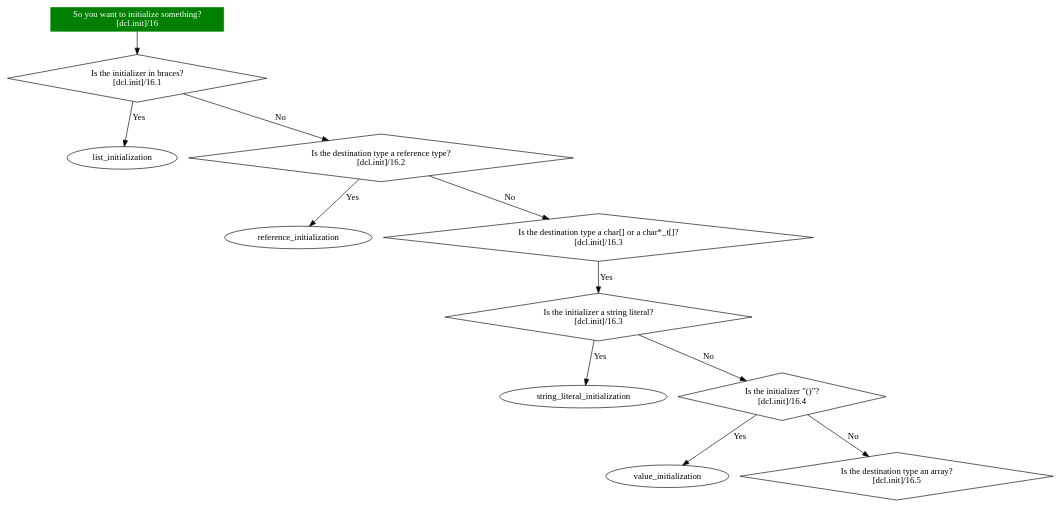
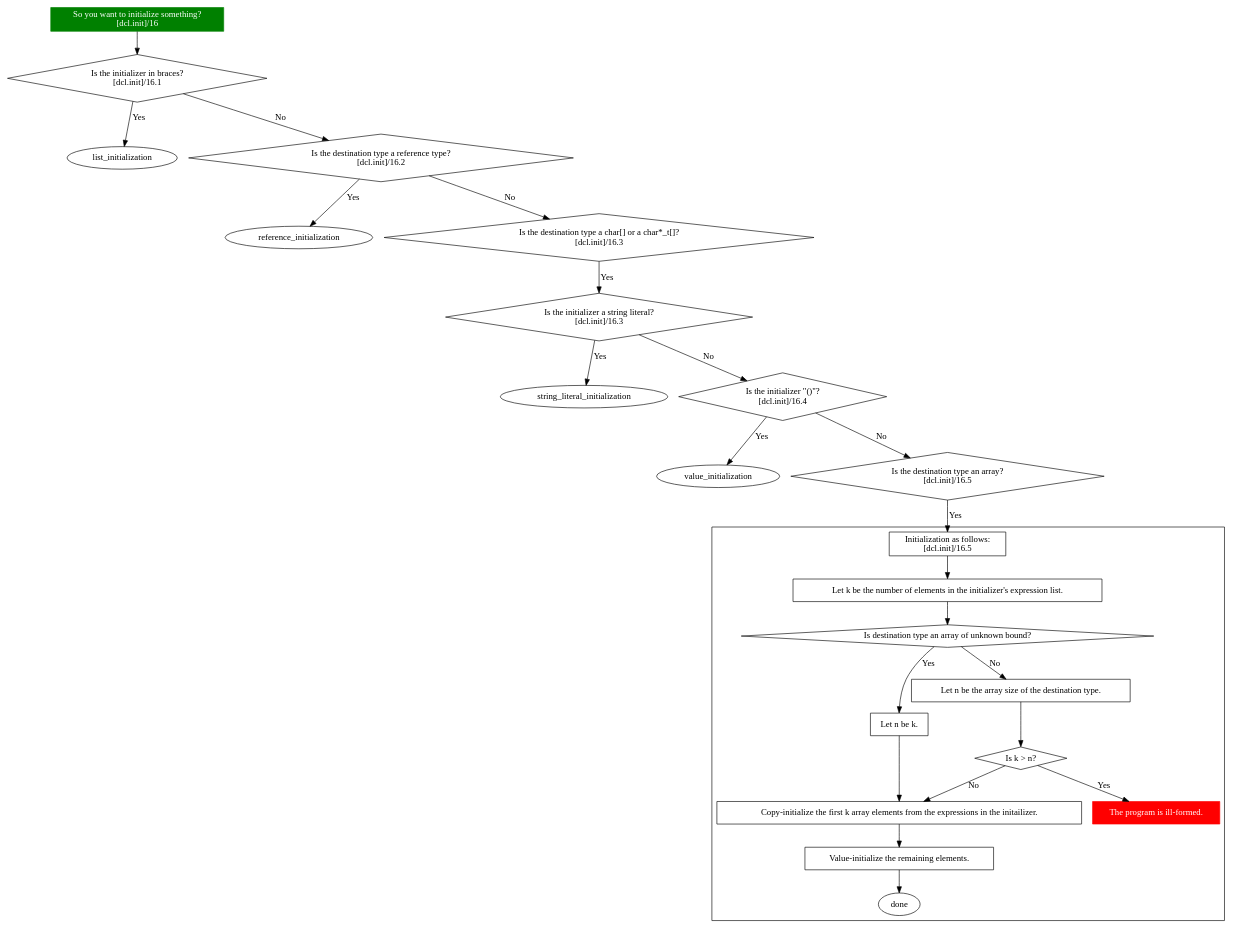
Before and after one commit to randomnetcat/cpp_initialization: the diagram in flowchart.dot, drawn with Graphviz.

Commit message:
Add array initialization

```diff
--- a/flowchart.dot
+++ b/flowchart.dot
@@ -1,25 +1,56 @@
 digraph initialization {
     start [label="So you want to initialize something?\n[dcl.init]/16", style=filled, fillcolor=green, shape=box, color=green, fontcolor=white]
         start -> is_braced
 
     is_braced [label="Is the initializer in braces?\n[dcl.init]/16.1", shape=diamond]
         is_braced -> list_initialization [label="Yes"]
         is_braced -> is_dest_reference [label="No"]
     
     is_dest_reference [label="Is the destination type a reference type?\n[dcl.init]/16.2", shape=diamond]
         is_dest_reference -> reference_initialization [label="Yes"]
         is_dest_reference -> is_char_arr_init [label="No"]
     
     is_char_arr_init [label="Is the destination type a char[] or a char*_t[]?\n[dcl.init]/16.3", shape=diamond]
         is_char_arr_init -> is_char_arr_literal_init [label="Yes"]
     
     is_char_arr_literal_init [label="Is the initializer a string literal?\n[dcl.init]/16.3", shape=diamond]
         is_char_arr_literal_init -> string_literal_initialization [label="Yes"]
         is_char_arr_literal_init -> is_initializer_empty_parens [label="No"]
 
     is_initializer_empty_parens [label="Is the initializer \"()\"?\n[dcl.init]/16.4", shape=diamond]
         is_initializer_empty_parens -> value_initialization [label="Yes"]
         is_initializer_empty_parens -> is_dest_array [label="No"]
 
     is_dest_array[label="Is the destination type an array?\n[dcl.init]/16.5", shape=diamond]
+        is_dest_array -> array_initialization_head [label="Yes"]
+
+    subgraph cluster_array_initialization {
+        array_initialization_head [label="Initialization as follows:\n[dcl.init]/16.5", shape=box]
+            array_initialization_head -> array_k_definition
+        
+        array_k_definition [label="Let k be the number of elements in the initializer's expression list.", shape=box]
+            array_k_definition -> array_is_unsized
+
+        array_is_unsized [label = "Is destination type an array of unknown bound?", shape=diamond]
+            array_is_unsized -> array_unsized_n_defn [label = "Yes"]
+            array_is_unsized -> array_sized_n_defn [label = "No"]
+        
+        array_unsized_n_defn [label = "Let n be k.", shape=box]
+            array_unsized_n_defn -> array_initialize_first_k
+
+        array_sized_n_defn [label = "Let n be the array size of the destination type.", shape=box]
+            array_sized_n_defn -> array_k_gt_n
+
+        array_k_gt_n [label = "Is k > n?", shape=diamond]
+            array_k_gt_n -> array_k_gt_n_ill_formed [label = "Yes"]
+            array_k_gt_n -> array_initialize_first_k [label = "No"]    
+
+        array_k_gt_n_ill_formed [label = "The program is ill-formed.", shape=box, style=filled, color=red, fontcolor=white]
+
+        array_initialize_first_k [label = "Copy-initialize the first k array elements from the expressions in the initailizer.", shape=box]
+            array_initialize_first_k -> array_initialize_rest
+
+        array_initialize_rest [label = "Value-initialize the remaining elements.", shape=box]
+            array_initialize_rest -> done
+    }
 }
```
